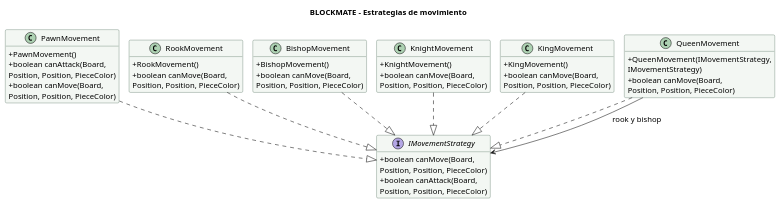
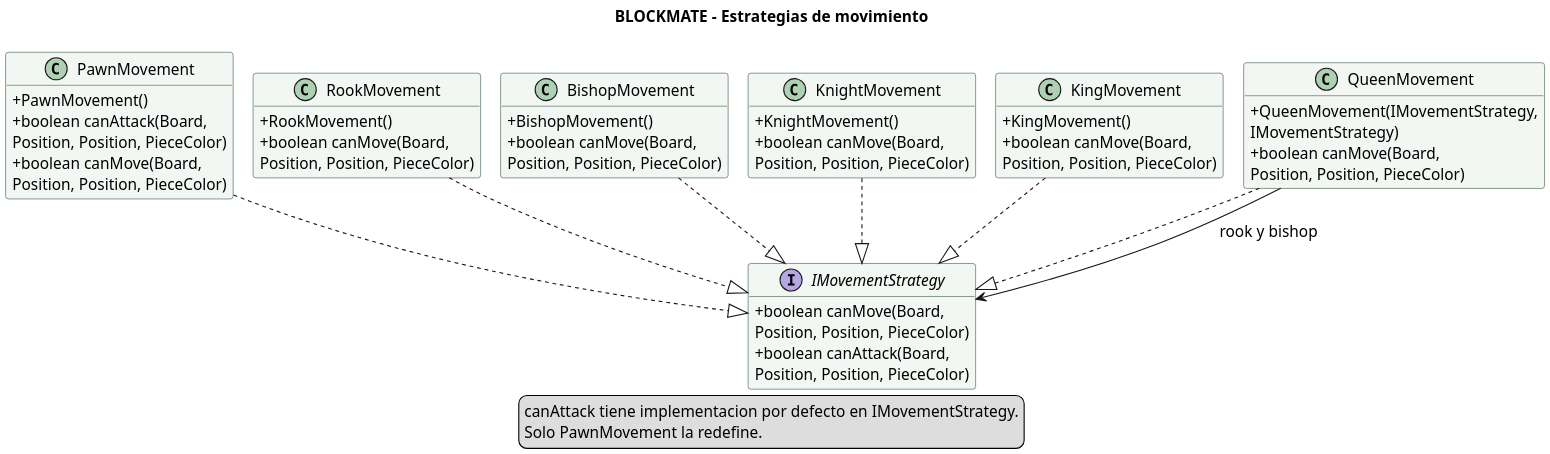
One commit to juligali/Ajedrez-TPO changed the second of 6 diagrams in docs/UML-Ajedrez-TPO.puml. Above: the diagram before and after it, drawn with PlantUML. The commit also changed other lines of this file and 6 other files, not shown here.

Commit message:
docs: preparar etapas 1 a 3 y actualizar UML para la presentación

```diff
--- a/docs/UML-Ajedrez-TPO.puml
+++ b/docs/UML-Ajedrez-TPO.puml
@@ -77,49 +82,54 @@
 @startuml UML-Ajedrez-TPO-2
 !pragma layout smetana
+scale 2
 skinparam classAttributeIconSize 0
 skinparam shadowing false
 skinparam defaultFontName Arial
 skinparam defaultFontSize 14
 skinparam wrapWidth 220
 skinparam classBackgroundColor #F3F7F3
 skinparam classBorderColor #284C35
 hide empty members
 title BLOCKMATE - Estrategias de movimiento
+legend bottom
+  canAttack tiene implementacion por defecto en IMovementStrategy.
+  Solo PawnMovement la redefine.
+endlegend
 interface IMovementStrategy {
   + boolean canMove(Board, Position, Position, PieceColor)
   + boolean canAttack(Board, Position, Position, PieceColor)
 }
 class PawnMovement {
   + PawnMovement()
   + boolean canAttack(Board, Position, Position, PieceColor)
   + boolean canMove(Board, Position, Position, PieceColor)
 }
 class RookMovement {
   + RookMovement()
   + boolean canMove(Board, Position, Position, PieceColor)
 }
 class BishopMovement {
   + BishopMovement()
   + boolean canMove(Board, Position, Position, PieceColor)
 }
 class KnightMovement {
   + KnightMovement()
   + boolean canMove(Board, Position, Position, PieceColor)
 }
 class KingMovement {
   + KingMovement()
   + boolean canMove(Board, Position, Position, PieceColor)
 }
 class QueenMovement {
   + QueenMovement(IMovementStrategy, IMovementStrategy)
   + boolean canMove(Board, Position, Position, PieceColor)
 }
 PawnMovement ..|> IMovementStrategy
 RookMovement ..|> IMovementStrategy
 BishopMovement ..|> IMovementStrategy
 KnightMovement ..|> IMovementStrategy
 KingMovement ..|> IMovementStrategy
 QueenMovement ..|> IMovementStrategy
 QueenMovement --> IMovementStrategy : rook y bishop
 
 @enduml
```
